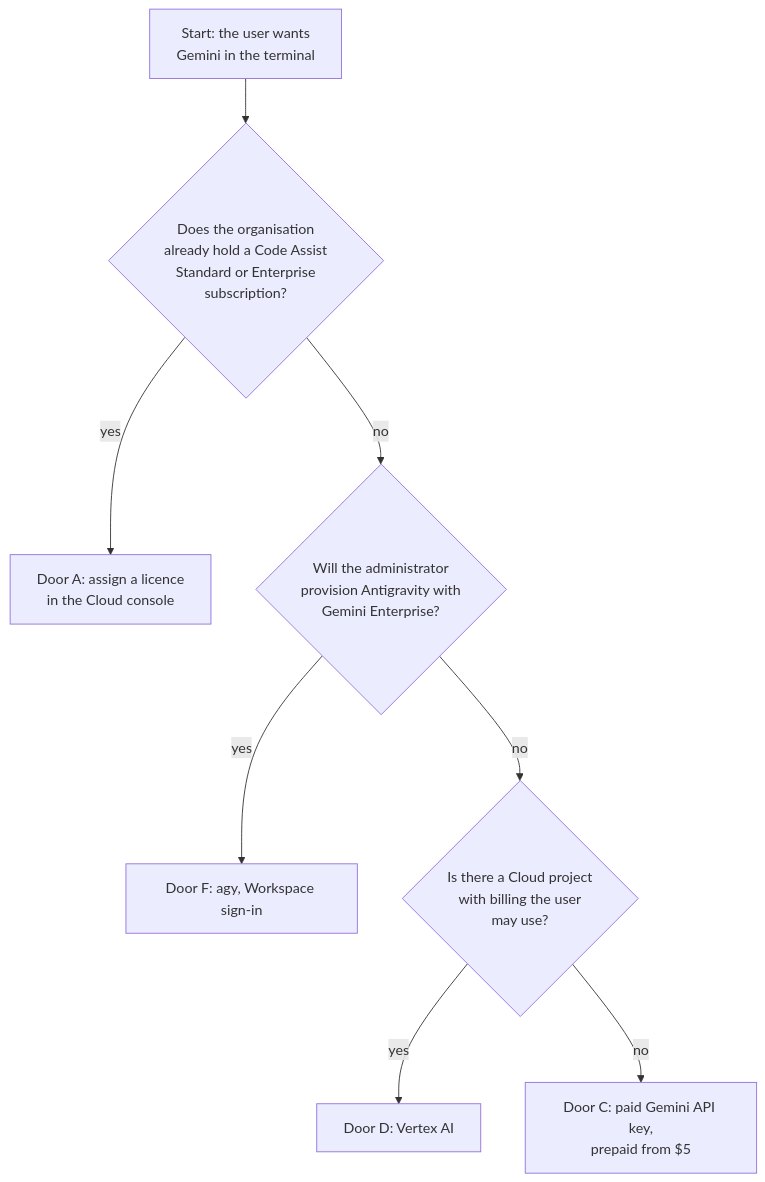
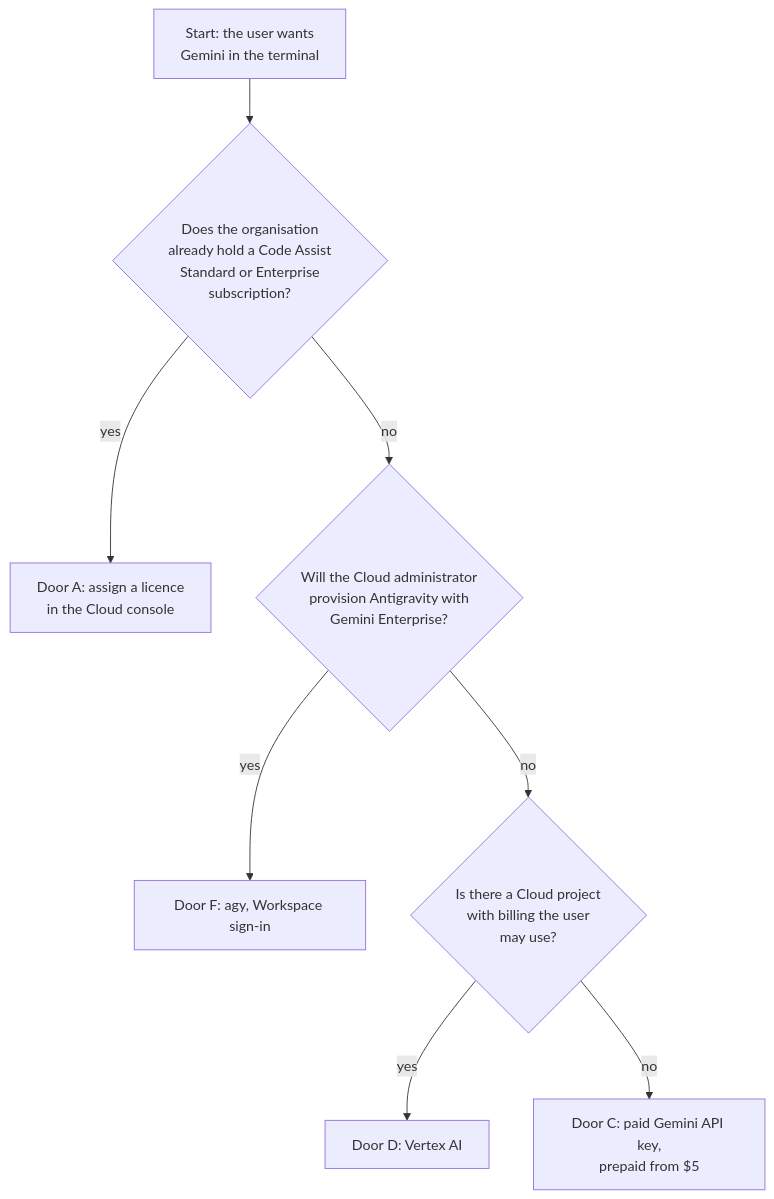
One commit to drasticstatic/my-template changed the diagram in walkthroughs/GEMINI-CLI-ACCESS.md. Above: the diagram before and after it, drawn with Mermaid. The commit also changed other lines of this file and 1 other file, not shown here.

First line of the commit message:
:memo: docs(walkthroughs): say which console and which administrator each Gemini door needs, and isolate the Vertex AI login

````diff
--- a/walkthroughs/GEMINI-CLI-ACCESS.md
+++ b/walkthroughs/GEMINI-CLI-ACCESS.md
@@ -64,10 +64,10 @@
 ```mermaid
 flowchart TD
   S[Start: the user wants<br/>Gemini in the terminal] --> Q1{Does the organisation<br/>already hold a Code Assist<br/>Standard or Enterprise<br/>subscription?}
   Q1 -->|yes| A[Door A: assign a licence<br/>in the Cloud console]
-  Q1 -->|no| Q2{Will the administrator<br/>provision Antigravity with<br/>Gemini Enterprise?}
+  Q1 -->|no| Q2{Will the Cloud administrator<br/>provision Antigravity with<br/>Gemini Enterprise?}
   Q2 -->|yes| F[Door F: agy, Workspace sign-in]
   Q2 -->|no| Q3{Is there a Cloud project<br/>with billing the user<br/>may use?}
   Q3 -->|yes| D[Door D: Vertex AI]
   Q3 -->|no| C[Door C: paid Gemini API key,<br/>prepaid from $5]
 ```
````
